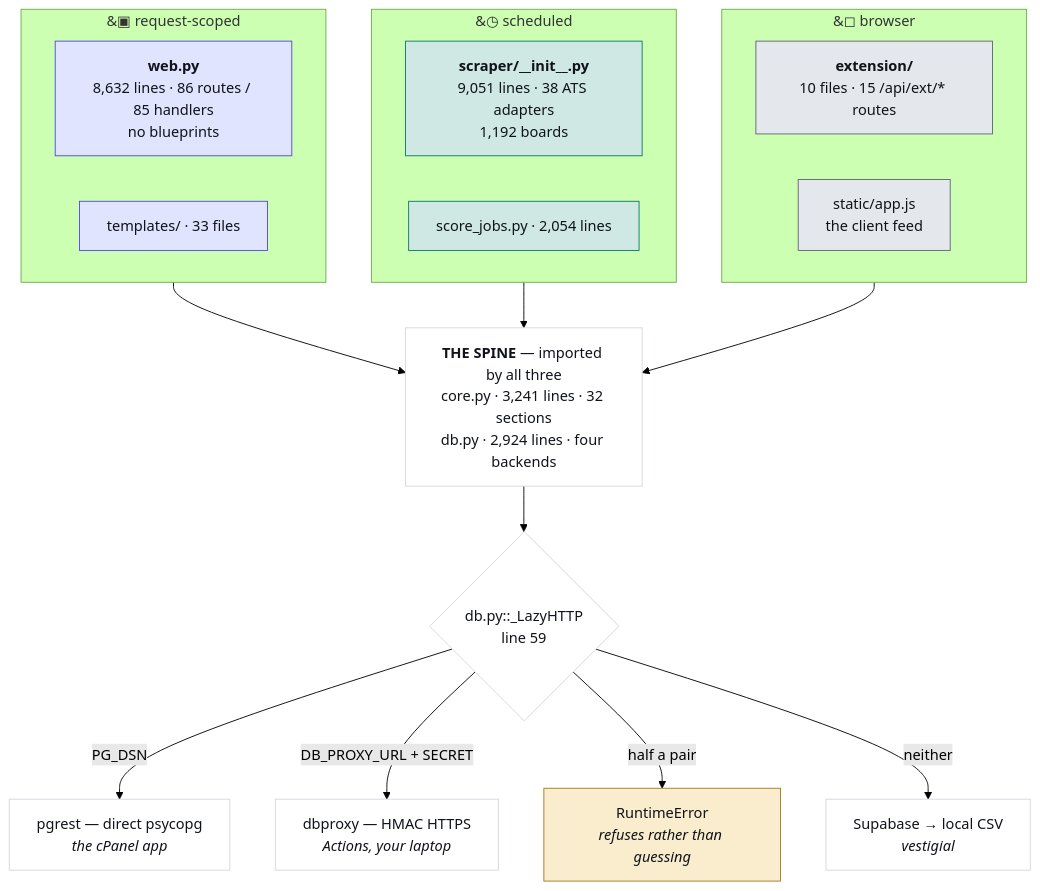
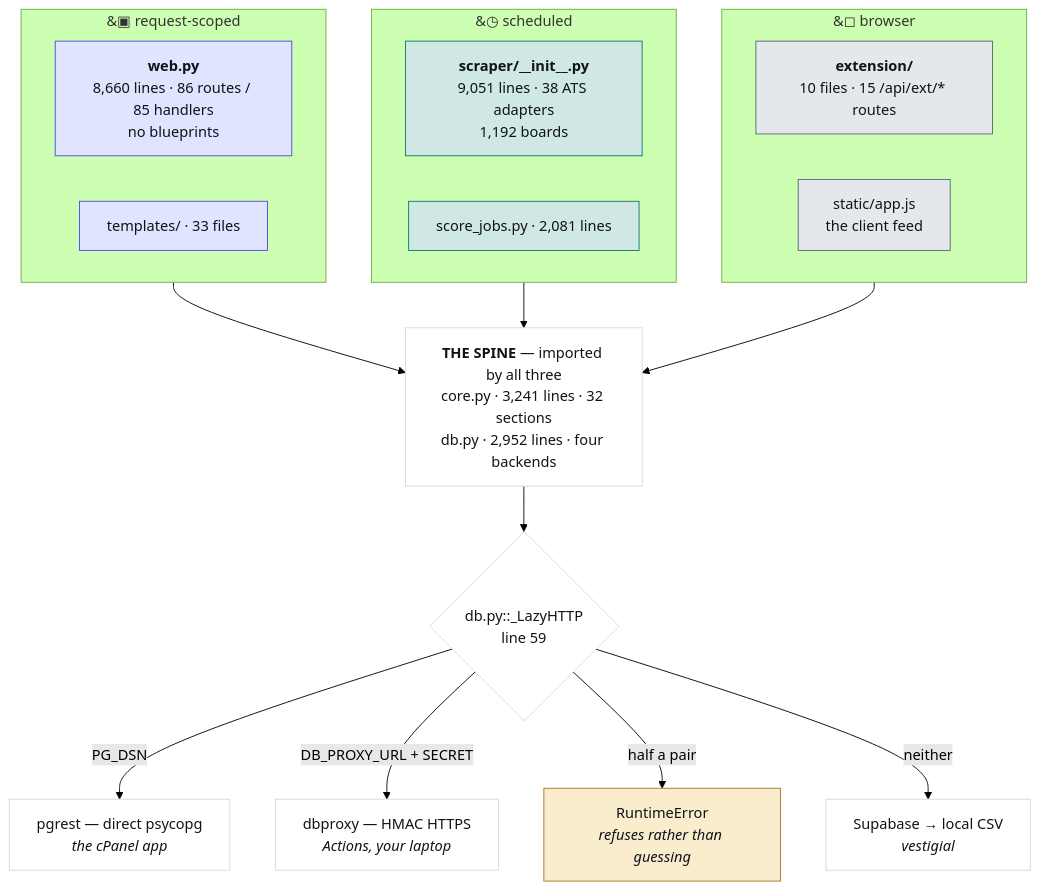
The first of 4 diagrams in JobMatch Scraper/docs/ARCHITECTURE.md (hadakunal909-debug/job-search-tool), drawn with Mermaid (forest theme) before and after one commit. The commit also changed other lines of this file and 17 other files, not shown here.

````diff
--- a/JobMatch Scraper/docs/ARCHITECTURE.md
+++ b/JobMatch Scraper/docs/ARCHITECTURE.md
@@ -45,34 +45,34 @@
 ```mermaid
 flowchart TB
   subgraph REQ["&#9635; request-scoped"]
-    W["<b>web.py</b><br/>8,632 lines · 86 routes / 85 handlers<br/>no blueprints"]
+    W["<b>web.py</b><br/>8,660 lines · 86 routes / 85 handlers<br/>no blueprints"]
     T["templates/ · 33 files"]
   end
   subgraph SCH["&#9719; scheduled"]
     S["<b>scraper/__init__.py</b><br/>9,051 lines · 38 ATS adapters<br/>1,192 boards"]
-    J["score_jobs.py · 2,054 lines"]
+    J["score_jobs.py · 2,081 lines"]
   end
   subgraph CLI["&#9723; browser"]
     E["<b>extension/</b><br/>10 files · 15 /api/ext/* routes"]
     A["static/app.js<br/>the client feed"]
   end
-  SPINE["<b>THE SPINE</b> — imported by all three<br/>core.py · 3,241 lines · 32 sections<br/>db.py · 2,924 lines · four backends"]
+  SPINE["<b>THE SPINE</b> — imported by all three<br/>core.py · 3,241 lines · 32 sections<br/>db.py · 2,952 lines · four backends"]
   REQ --> SPINE
   SCH --> SPINE
   CLI --> SPINE
   SPINE --> D{"db.py::_LazyHTTP<br/>line 59"}
   D -->|"PG_DSN"| P["pgrest — direct psycopg<br/><i>the cPanel app</i>"]
   D -->|"DB_PROXY_URL + SECRET"| X["dbproxy — HMAC HTTPS<br/><i>Actions, your laptop</i>"]
   D -->|"half a pair"| R["RuntimeError<br/><i>refuses rather than guessing</i>"]
   D -->|"neither"| V["Supabase → local CSV<br/><i>vestigial</i>"]
   classDef web fill:#e0e4fe,stroke:#4f46e5,color:#101319
   classDef sched fill:#cfe8e3,stroke:#0f766e,color:#101319
   classDef client fill:#e4e7ec,stroke:#5f6573,color:#101319
   classDef trap fill:#f9edcd,stroke:#a8781a,color:#101319
   classDef plain fill:#ffffff,stroke:#d3d7df,color:#101319
   class W,T web
   class S,J sched
   class E,A client
   class R trap
   class SPINE,D,P,X,V plain
 ```
````
